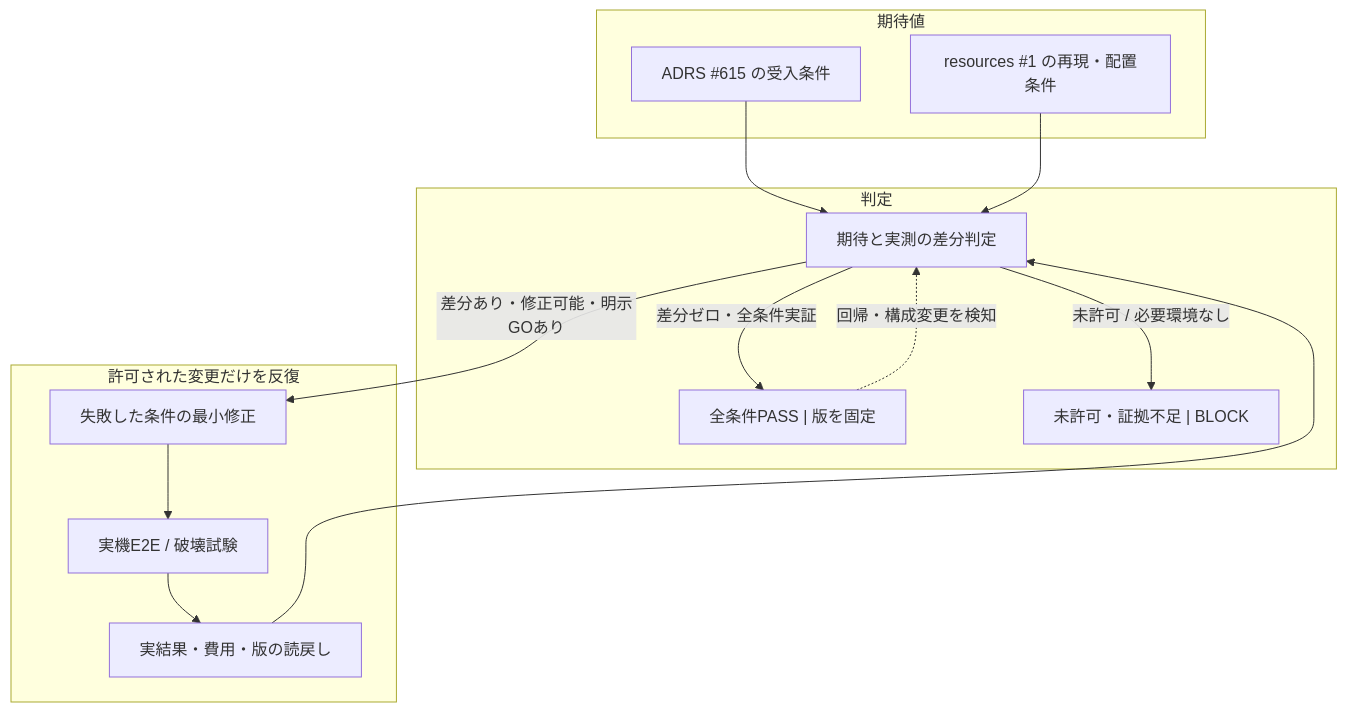
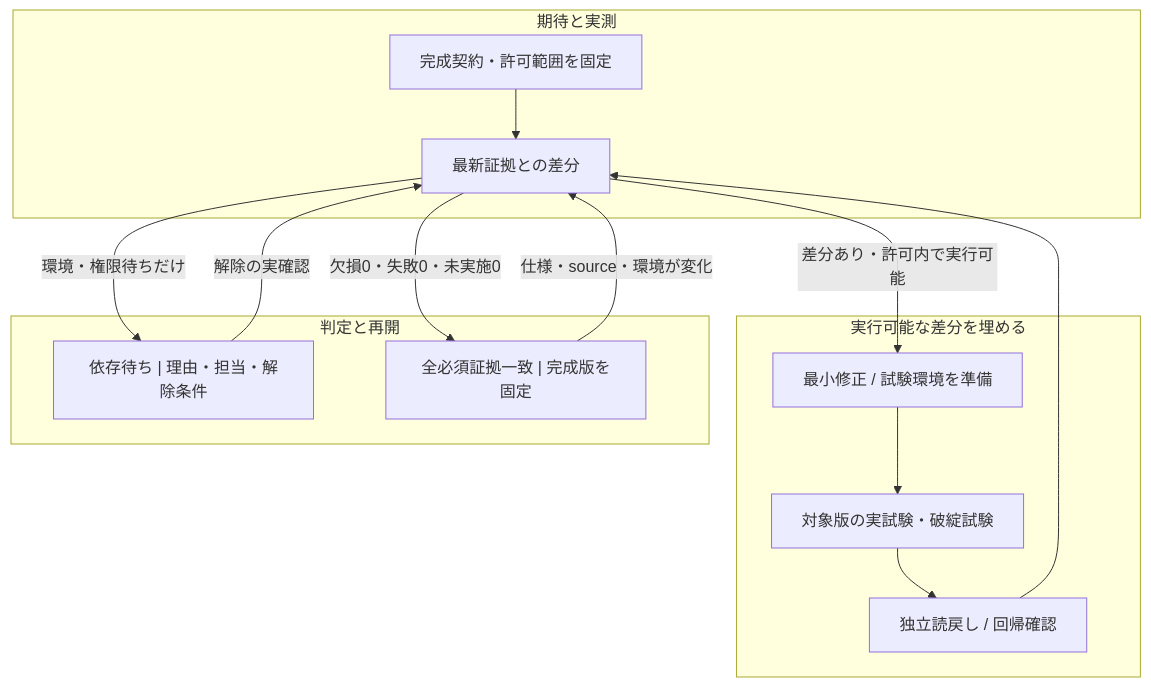
One commit to roccho-dev/resources changed the third of 3 diagrams in docs/nixos-tty-browser-host.md. Above: the diagram before and after it, drawn with Mermaid. The commit also changed other lines of this file and 3 other files, not shown here.

````diff
--- a/docs/nixos-tty-browser-host.md
+++ b/docs/nixos-tty-browser-host.md
@@ -110,25 +90,23 @@
 ```mermaid
 flowchart TB
-  subgraph SOURCE["期待値"]
-    S["ADRS #615 の受入条件"]
-    K["resources #1 の再現・配置条件"]
+  subgraph CONTRACT["期待と実測"]
+    S["完成契約・許可範囲を固定"]
+    D["最新証拠との差分"]
+    S --> D
   end
-  subgraph ITERATE["許可された変更だけを反復"]
-    P["失敗した条件の最小修正"]
-    T["実機E2E / 破壊試験"]
-    R["実結果・費用・版の読戻し"]
-    P --> T --> R
+  subgraph WORK["実行可能な差分を埋める"]
+    X["最小修正 / 試験環境を準備"]
+    T["対象版の実試験・破綻試験"]
+    R["独立読戻し / 回帰確認"]
+    X --> T --> R --> D
   end
-  subgraph JUDGE["判定"]
-    D["期待と実測の差分判定"]
-    OK["全条件PASS | 版を固定"]
-    B["未許可・証拠不足 | BLOCK"]
+  subgraph DECISION["判定と再開"]
+    W["依存待ち | 理由・担当・解除条件"]
+    F["全必須証拠一致 | 完成版を固定"]
   end
-  S --> D
-  K --> D
-  R --> D
-  D -->|"差分あり・修正可能・明示GOあり"| P
-  D -->|"差分ゼロ・全条件実証"| OK
-  D -->|"未許可 / 必要環境なし"| B
-  OK -.->|"回帰・構成変更を検知"| D
+  D -->|"差分あり・許可内で実行可能"| X
+  D -->|"環境・権限待ちだけ"| W
+  W -->|"解除の実確認"| D
+  D -->|"欠損0・失敗0・未実施0"| F
+  F -->|"仕様・source・環境が変化"| D
 ```
````
